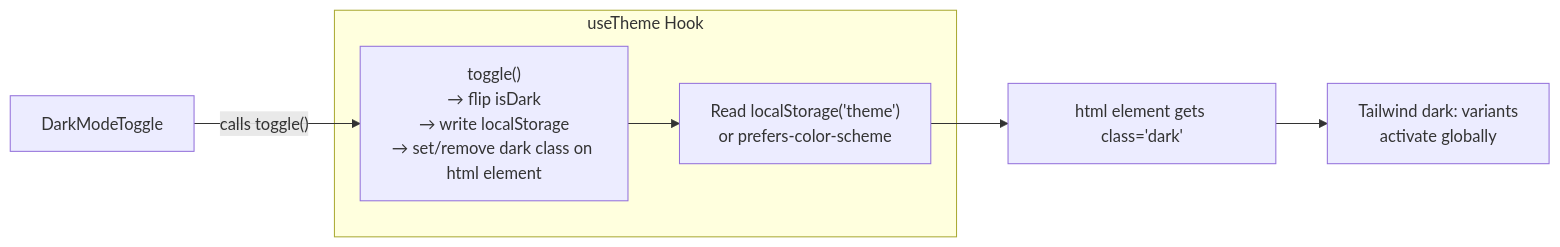
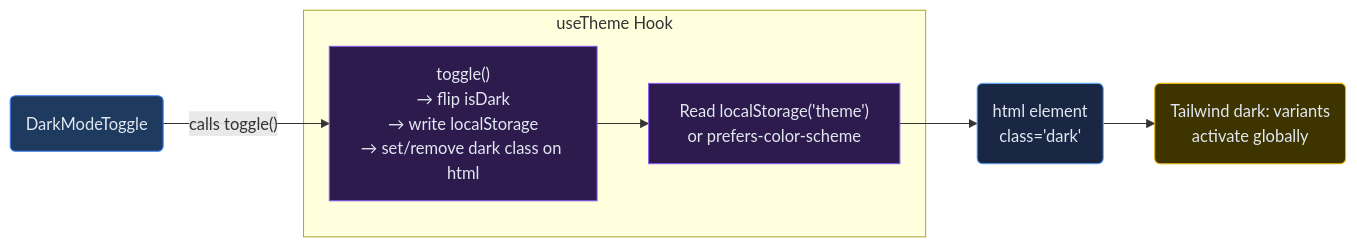
One commit to DerekLieww/Force-Recorder changed diagram 19 of 23 in ARCHITECTURE.md. Above: the diagram before and after it, drawn with Mermaid. The commit also changed other lines of this file and 9 other files, not shown here.

````diff
--- a/ARCHITECTURE.md
+++ b/ARCHITECTURE.md
@@ -925,12 +1045,22 @@
 ```mermaid
 flowchart LR
     subgraph useTheme["useTheme Hook"]
         Init["Read localStorage('theme')<br/>or prefers-color-scheme"]
-        Toggle["toggle()<br/>→ flip isDark<br/>→ write localStorage<br/>→ set/remove dark class on html element"]
+        Toggle["toggle()<br/>→ flip isDark<br/>→ write localStorage<br/>→ set/remove dark class on html"]
     end
 
-    Init --> HTMLClass["html element gets class='dark'"]
-    HTMLClass --> Tailwind["Tailwind dark: variants<br/>activate globally"]
+    Init --> HTMLClass("html element<br/>class='dark'")
+    HTMLClass --> Tailwind("Tailwind dark: variants<br/>activate globally")
     Toggle --> Init
-    DarkModeToggle -->|"calls toggle()"| Toggle
+    DarkModeToggle("DarkModeToggle") -->|"calls toggle()"| Toggle
+
+    classDef hook fill:#2d1b4e,stroke:#8b5cf6,color:#e2e8f0
+    classDef dom fill:#1a2744,stroke:#60a5fa,color:#e2e8f0
+    classDef component fill:#1e3a5f,stroke:#3b82f6,color:#e2e8f0
+    classDef framework fill:#3d3400,stroke:#eab308,color:#e2e8f0
+
+    class Init,Toggle hook
+    class HTMLClass dom
+    class DarkModeToggle component
+    class Tailwind framework
 ```
````
